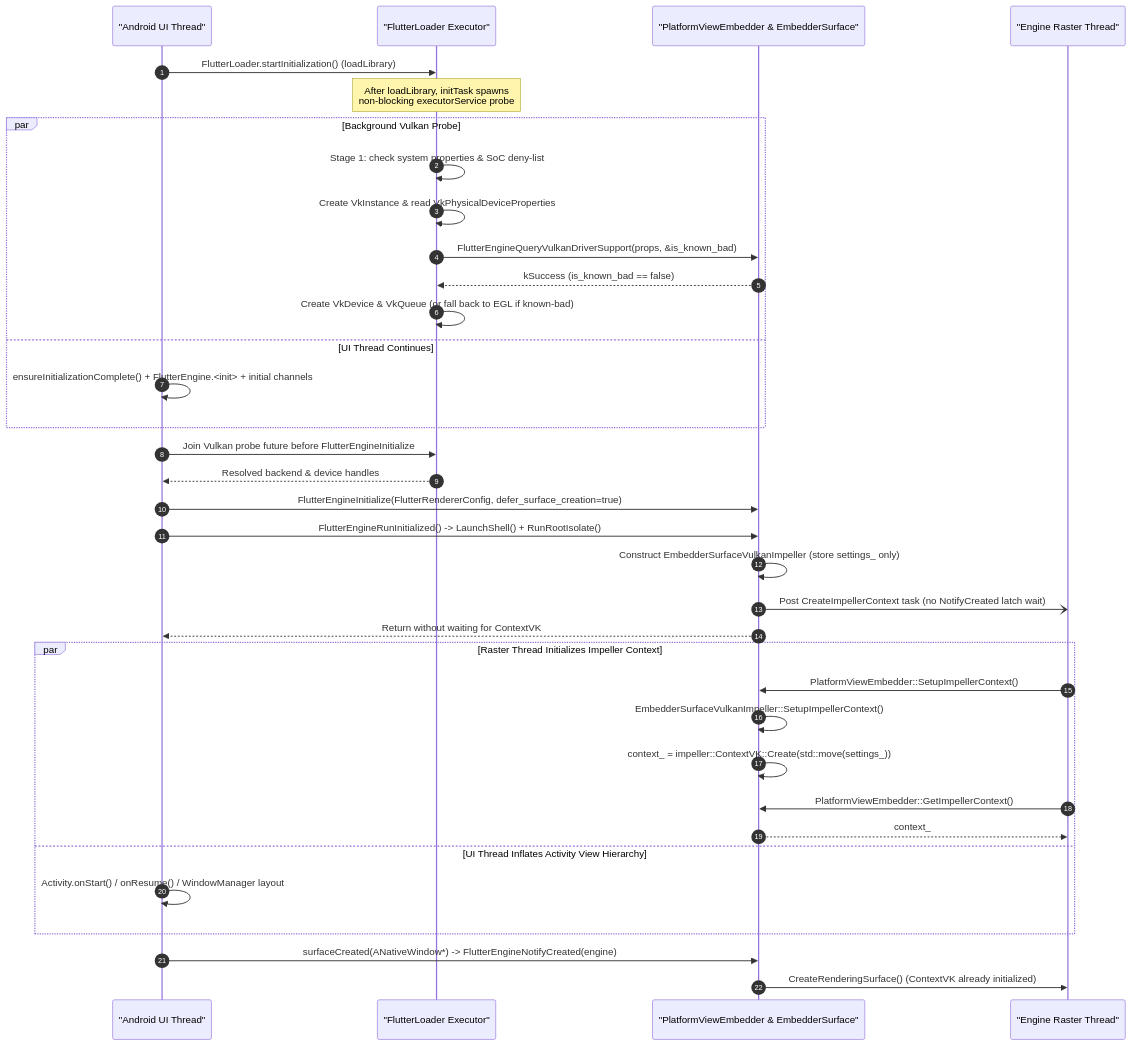
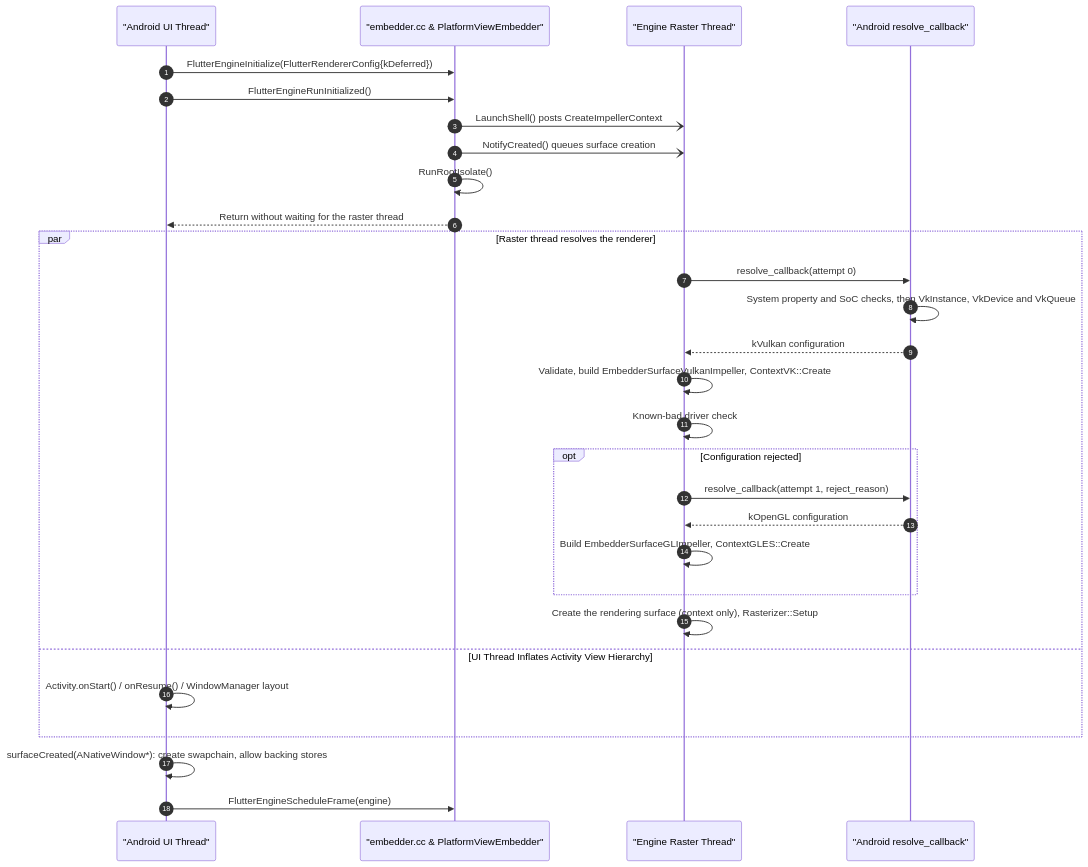
The fourth of 12 diagrams in rfc/410.0000-flutter-android-embedder-c-api-migration.md (flutter/rfc), drawn with Mermaid before and after one commit. The commit also changed other lines of this file, not shown here.

Commit message:
Updating to a callback for deffered renderer with the backing_store_caches turned off

````diff
--- a/rfc/410.0000-flutter-android-embedder-c-api-migration.md
+++ b/rfc/410.0000-flutter-android-embedder-c-api-migration.md
@@ -441,38 +514,32 @@
 ```mermaid
 sequenceDiagram
     autonumber
     participant UI as "Android UI Thread"
-    participant Bg as "FlutterLoader Executor"
-    participant Emb as "PlatformViewEmbedder & EmbedderSurface"
+    participant Emb as "embedder.cc & PlatformViewEmbedder"
     participant Raster as "Engine Raster Thread"
+    participant Cb as "Android resolve_callback"
 
-    UI->>Bg: FlutterLoader.startInitialization() (loadLibrary)
-    Note over Bg: After loadLibrary, initTask spawns<br/>non-blocking executorService probe
-    par Background Vulkan Probe
-        Bg->>Bg: Stage 1: check system properties & SoC deny-list
-        Bg->>Bg: Create VkInstance & read VkPhysicalDeviceProperties
-        Bg->>Emb: FlutterEngineQueryVulkanDriverSupport(props, &is_known_bad)
-        Emb-->>Bg: kSuccess (is_known_bad == false)
-        Bg->>Bg: Create VkDevice & VkQueue (or fall back to EGL if known-bad)
-    and UI Thread Continues
-        UI->>UI: ensureInitializationComplete() + FlutterEngine.<init> + initial channels
-    end
-    UI->>Bg: Join Vulkan probe future before FlutterEngineInitialize
-    Bg-->>UI: Resolved backend & device handles
-    UI->>Emb: FlutterEngineInitialize(FlutterRendererConfig, defer_surface_creation=true)
-    UI->>Emb: FlutterEngineRunInitialized() -> LaunchShell() + RunRootIsolate()
-    Emb->>Emb: Construct EmbedderSurfaceVulkanImpeller (store settings_ only)
-    Emb-)Raster: Post CreateImpellerContext task (no NotifyCreated latch wait)
-    Emb-->>UI: Return without waiting for ContextVK
-    par Raster Thread Initializes Impeller Context
-        Raster->>Emb: PlatformViewEmbedder::SetupImpellerContext()
-        Emb->>Emb: EmbedderSurfaceVulkanImpeller::SetupImpellerContext()
-        Emb->>Emb: context_ = impeller::ContextVK::Create(std::move(settings_))
-        Raster->>Emb: PlatformViewEmbedder::GetImpellerContext()
-        Emb-->>Raster: context_
+    UI->>Emb: FlutterEngineInitialize(FlutterRendererConfig{kDeferred})
+    UI->>Emb: FlutterEngineRunInitialized()
+    Emb-)Raster: LaunchShell() posts CreateImpellerContext
+    Emb-)Raster: NotifyCreated() queues surface creation
+    Emb->>Emb: RunRootIsolate()
+    Emb-->>UI: Return without waiting for the raster thread
+    par Raster thread resolves the renderer
+        Raster->>Cb: resolve_callback(attempt 0)
+        Cb->>Cb: System property and SoC checks, then VkInstance, VkDevice and VkQueue
+        Cb-->>Raster: kVulkan configuration
+        Raster->>Raster: Validate, build EmbedderSurfaceVulkanImpeller, ContextVK::Create
+        Raster->>Raster: Known-bad driver check
+        opt Configuration rejected
+            Raster->>Cb: resolve_callback(attempt 1, reject_reason)
+            Cb-->>Raster: kOpenGL configuration
+            Raster->>Raster: Build EmbedderSurfaceGLImpeller, ContextGLES::Create
+        end
+        Raster->>Raster: Create the rendering surface (context only), Rasterizer::Setup
     and UI Thread Inflates Activity View Hierarchy
         UI->>UI: Activity.onStart() / onResume() / WindowManager layout
     end
-    UI->>Emb: surfaceCreated(ANativeWindow*) -> FlutterEngineNotifyCreated(engine)
-    Emb->>Raster: CreateRenderingSurface() (ContextVK already initialized)
+    UI->>UI: surfaceCreated(ANativeWindow*): create swapchain, allow backing stores
+    UI->>Emb: FlutterEngineScheduleFrame(engine)
 ```
````
